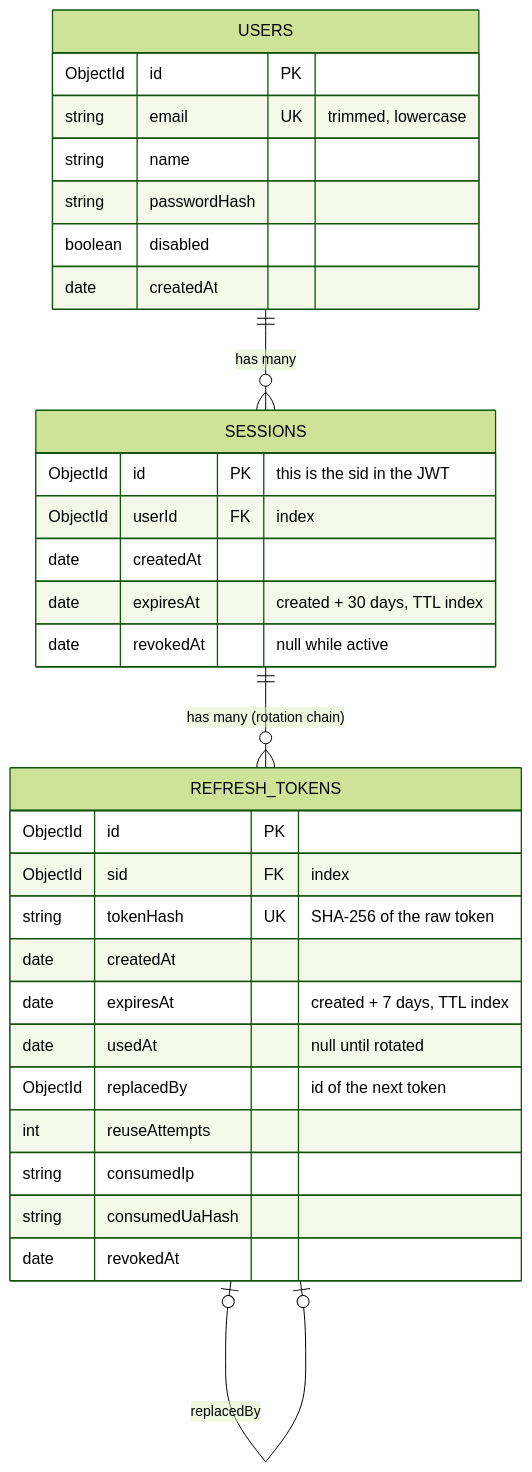
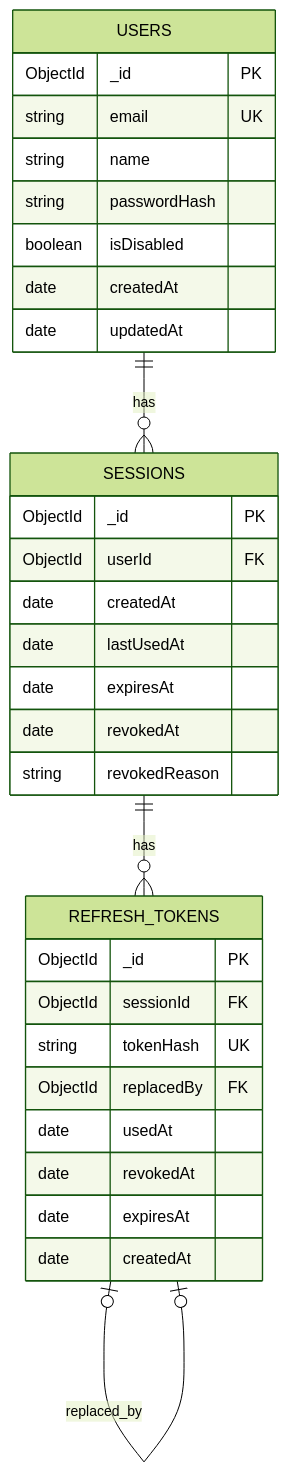
Before and after one commit to Rowan-habashy/easyGenerator-auth: the diagram in docs/architecture/database-design.md, drawn with Mermaid (forest theme). The commit also changed other lines of this file and 4 other files, not shown here.

````diff
--- a/docs/architecture/database-design.md
+++ b/docs/architecture/database-design.md
@@ -3,35 +3,37 @@
 ```mermaid
 erDiagram
-    USERS ||--o{ SESSIONS : "has many"
-    SESSIONS ||--o{ REFRESH_TOKENS : "has many (rotation chain)"
-    REFRESH_TOKENS |o--o| REFRESH_TOKENS : "replacedBy"
+    USERS ||--o{ SESSIONS : "has"
+    SESSIONS ||--o{ REFRESH_TOKENS : "has"
+    REFRESH_TOKENS |o--o| REFRESH_TOKENS : "replaced_by"
 
     USERS {
-        ObjectId id PK
-        string email UK "trimmed, lowercase"
+        ObjectId _id PK
+        string email UK
         string name
         string passwordHash
-        boolean disabled
+        boolean isDisabled
+        date createdAt
+        date updatedAt
+    }
+
+    SESSIONS {
+        ObjectId _id PK
+        ObjectId userId FK
+        date createdAt
+        date lastUsedAt
+        date expiresAt
+        date revokedAt
+        string revokedReason
+    }
+
+    REFRESH_TOKENS {
+        ObjectId _id PK
+        ObjectId sessionId FK
+        string tokenHash UK
+        ObjectId replacedBy FK
+        date usedAt
+        date revokedAt
+        date expiresAt
         date createdAt
     }
-    SESSIONS {
-        ObjectId id PK "this is the sid in the JWT"
-        ObjectId userId FK "index"
-        date createdAt
-        date expiresAt "created + 30 days, TTL index"
-        date revokedAt "null while active"
-    }
-    REFRESH_TOKENS {
-        ObjectId id PK
-        ObjectId sid FK "index"
-        string tokenHash UK "SHA-256 of the raw token"
-        date createdAt
-        date expiresAt "created + 7 days, TTL index"
-        date usedAt "null until rotated"
-        ObjectId replacedBy "id of the next token"
-        int reuseAttempts
-        string consumedIp
-        string consumedUaHash
-        date revokedAt
-    }
 ```
````
